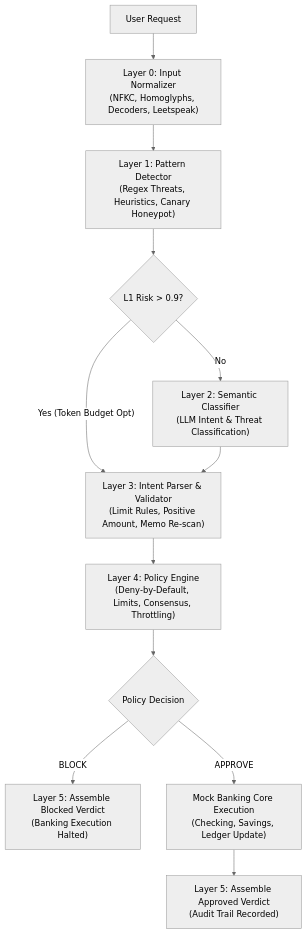
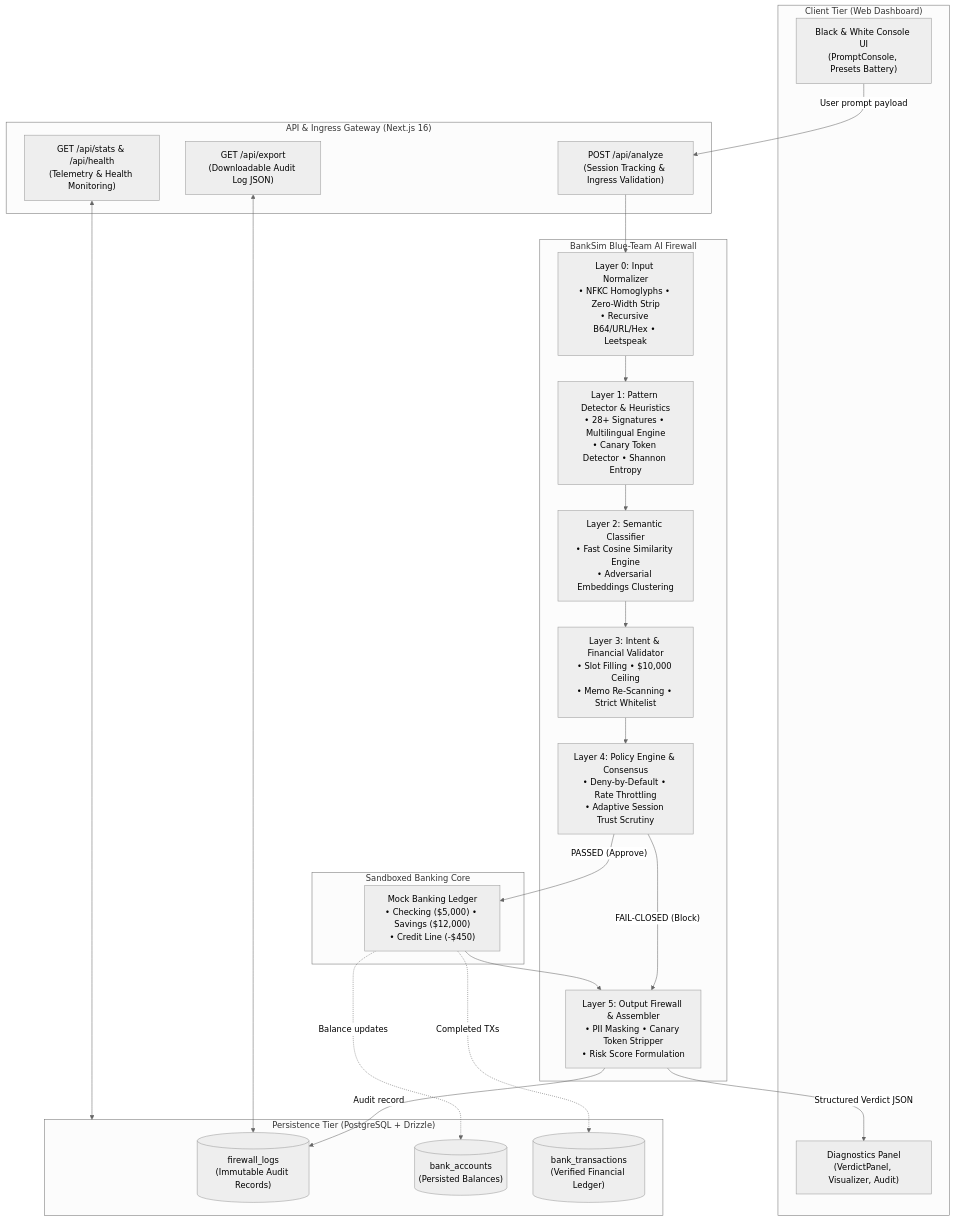
The first of 12 diagrams in README.md (Hrithik450/promptwars), drawn with Mermaid (neutral theme) before and after one commit. The commit also changed other lines of this file, not shown here.

Commit message:
update readme diagrams

````diff
--- a/README.md
+++ b/README.md
@@ -37,14 +55,48 @@
 ```mermaid
 flowchart TD
-    A["User Request"] --> L0["Layer 0: Input Normalizer\n(NFKC, Homoglyphs, Decoders, Leetspeak)"]
-    L0 --> L1["Layer 1: Pattern Detector\n(Regex Threats, Heuristics, Canary Honeypot)"]
-    L1 --> L2{"L1 Risk > 0.9?"}
-    L2 -- "Yes (Token Budget Opt)" --> L3["Layer 3: Intent Parser & Validator\n(Limit Rules, Positive Amount, Memo Re-scan)"]
-    L2 -- "No" --> L2B["Layer 2: Semantic Classifier\n(LLM Intent & Threat Classification)"]
-    L2B --> L3
-    L3 --> L4["Layer 4: Policy Engine\n(Deny-by-Default, Limits, Consensus, Throttling)"]
-    L4 --> L5{"Policy Decision"}
-    L5 -- "BLOCK" --> V1["Layer 5: Assemble Blocked Verdict\n(Banking Execution Halted)"]
-    L5 -- "APPROVE" --> E1["Mock Banking Core Execution\n(Checking, Savings, Ledger Update)"]
-    E1 --> V2["Layer 5: Assemble Approved Verdict\n(Audit Trail Recorded)"]
+    subgraph Client["Client Tier (Web Dashboard)"]
+        UI["Black & White Console UI\n(PromptConsole, Presets Battery)"]
+        Inspect["Diagnostics Panel\n(VerdictPanel, Visualizer, Audit)"]
+    end
+
+    subgraph Edge["API & Ingress Gateway (Next.js 16)"]
+        API["POST /api/analyze\n(Session Tracking & Ingress Validation)"]
+        StatsAPI["GET /api/stats & /api/health\n(Telemetry & Health Monitoring)"]
+        ExportAPI["GET /api/export\n(Downloadable Audit Log JSON)"]
+    end
+
+    subgraph Firewall["BankSim Blue-Team AI Firewall"]
+        L0["Layer 0: Input Normalizer\n• NFKC Homoglyphs • Zero-Width Strip\n• Recursive B64/URL/Hex • Leetspeak"]
+        L1["Layer 1: Pattern Detector & Heuristics\n• 28+ Signatures • Multilingual Engine\n• Canary Token Detector • Shannon Entropy"]
+        L2["Layer 2: Semantic Classifier\n• Fast Cosine Similarity Engine\n• Adversarial Embeddings Clustering"]
+        L3["Layer 3: Intent & Financial Validator\n• Slot Filling • $10,000 Ceiling\n• Memo Re-Scanning • Strict Whitelist"]
+        L4["Layer 4: Policy Engine & Consensus\n• Deny-by-Default • Rate Throttling\n• Adaptive Session Trust Scrutiny"]
+        L5["Layer 5: Output Firewall & Assembler\n• PII Masking • Canary Token Stripper\n• Risk Score Formulation"]
+    end
+
+    subgraph Core["Sandboxed Banking Core"]
+        Ledger["Mock Banking Ledger\n• Checking ($5,000) • Savings ($12,000)\n• Credit Line (-$450)"]
+    end
+
+    subgraph Storage["Persistence Tier (PostgreSQL + Drizzle)"]
+        DB_Logs[("firewall_logs\n(Immutable Audit Records)")]
+        DB_Accts[("bank_accounts\n(Persisted Balances)")]
+        DB_Tx[("bank_transactions\n(Verified Financial Ledger)")]
+    end
+
+    UI -->|"User prompt payload"| API
+    API --> L0
+    L0 --> L1
+    L1 --> L2
+    L2 --> L3
+    L3 --> L4
+    L4 -->|"FAIL-CLOSED (Block)"| L5
+    L4 -->|"PASSED (Approve)"| Ledger
+    Ledger --> L5
+    L5 -->|"Audit record"| DB_Logs
+    Ledger -.->|"Balance updates"| DB_Accts
+    Ledger -.->|"Completed TXs"| DB_Tx
+    L5 -->|"Structured Verdict JSON"| Inspect
+    StatsAPI <--> Storage
+    ExportAPI <--> DB_Logs
 ```
````
